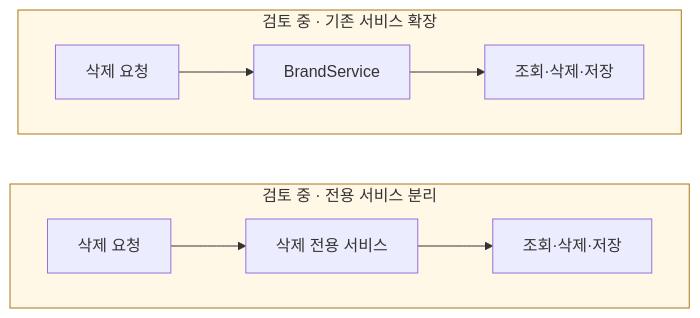
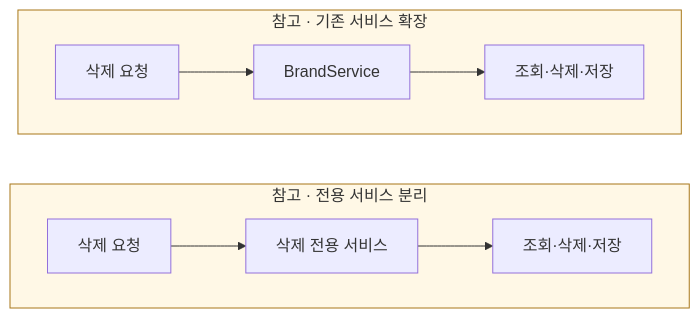
Before and after one commit to corinB/loop-pack-be-l2-vol5-java: the diagram in docs/week3/r01-brand-bulk-delete/trade_off/06-service-boundary.md, drawn with Mermaid. The commit also changed other lines of this file and 9 other files, not shown here.

````diff
--- a/docs/week3/r01-brand-bulk-delete/trade_off/06-service-boundary.md
+++ b/docs/week3/r01-brand-bulk-delete/trade_off/06-service-boundary.md
@@ -19,14 +19,14 @@
 ```mermaid
 flowchart TB
-    subgraph A["검토 중 · 기존 서비스 확장"]
+    subgraph A["참고 · 기존 서비스 확장"]
         direction LR
         A1["삭제 요청"] --> A2["BrandService"] --> A3["조회·삭제·저장"]
     end
-    subgraph B["검토 중 · 전용 서비스 분리"]
+    subgraph B["참고 · 전용 서비스 분리"]
         direction LR
         B1["삭제 요청"] --> B2["삭제 전용 서비스"] --> B3["조회·삭제·저장"]
     end
     A ~~~ B
     style A fill:#fff8e6,stroke:#a87718
     style B fill:#fff8e6,stroke:#a87718
 ```
````
